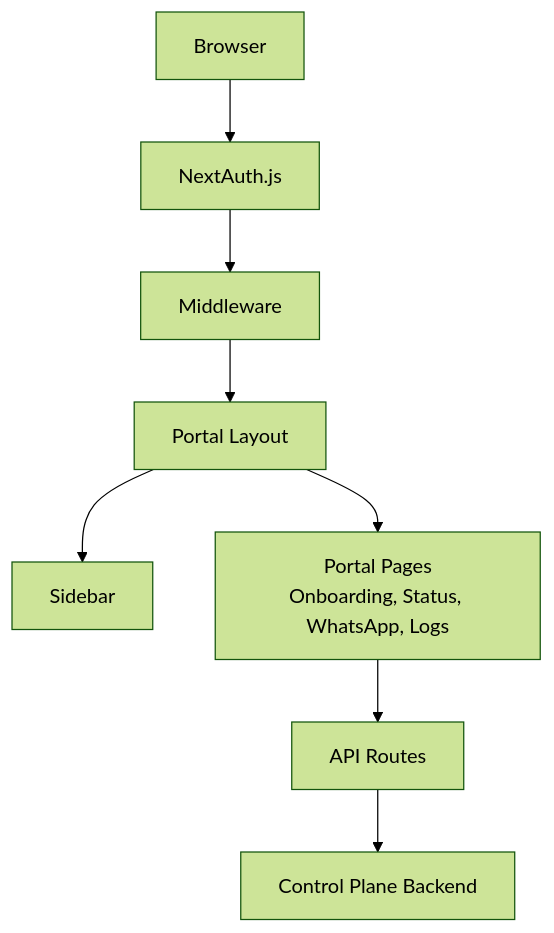
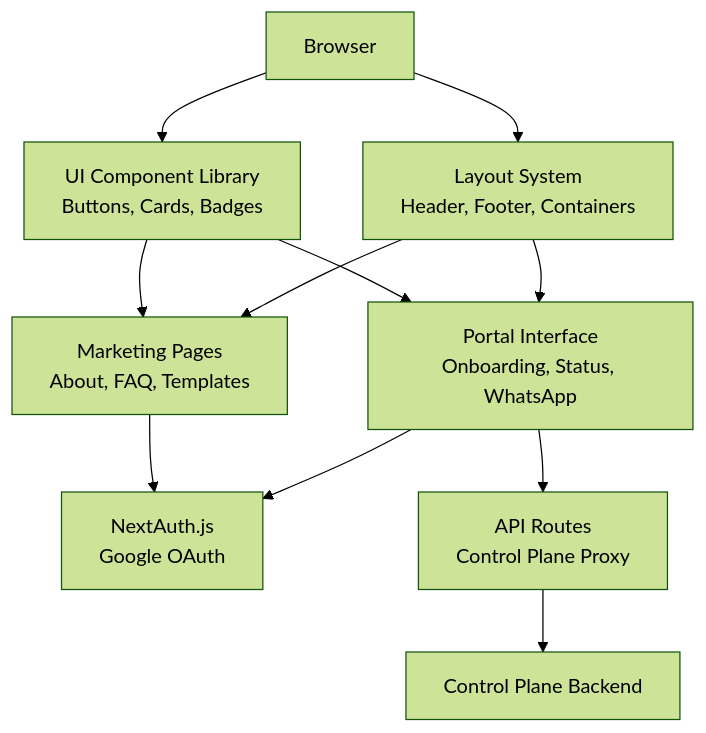
The second of 3 diagrams in .qoder/repowiki/en/content/Frontend Application/Frontend Application.md (askchiwa-spec/FLOW-HQ-BOT), drawn with Mermaid (forest theme) before and after one commit. The commit also changed other lines of this file and 11 other files, not shown here.

First line of the commit message:
feat: Apply African Futurism theme to portal pages

````diff
--- a/.qoder/repowiki/en/content/Frontend Application/Frontend Application.md
+++ b/.qoder/repowiki/en/content/Frontend Application/Frontend Application.md
@@ -151,18 +156,20 @@
 ```mermaid
 graph TB
 Client["Browser"]
-NextAuth["NextAuth.js"]
-MW["Middleware"]
-PortalLayout["Portal Layout"]
-Sidebar["Sidebar"]
-Pages["Portal Pages<br/>Onboarding, Status, WhatsApp, Logs"]
-API["API Routes"]
-ControlPlane["Control Plane Backend"]
-Client --> NextAuth
-NextAuth --> MW
-MW --> PortalLayout
-PortalLayout --> Sidebar
-PortalLayout --> Pages
-Pages --> API
-API --> ControlPlane
+UI["UI Component Library<br/>Buttons, Cards, Badges"]
+Layout["Layout System<br/>Header, Footer, Containers"]
+Marketing["Marketing Pages<br/>About, FAQ, Templates"]
+Portal["Portal Interface<br/>Onboarding, Status, WhatsApp"]
+Auth["NextAuth.js<br/>Google OAuth"]
+API["API Routes<br/>Control Plane Proxy"]
+Client --> UI
+Client --> Layout
+UI --> Marketing
+UI --> Portal
+Layout --> Marketing
+Layout --> Portal
+Marketing --> Auth
+Portal --> Auth
+Portal --> API
+API --> ControlPlane["Control Plane Backend"]
 ```
````
